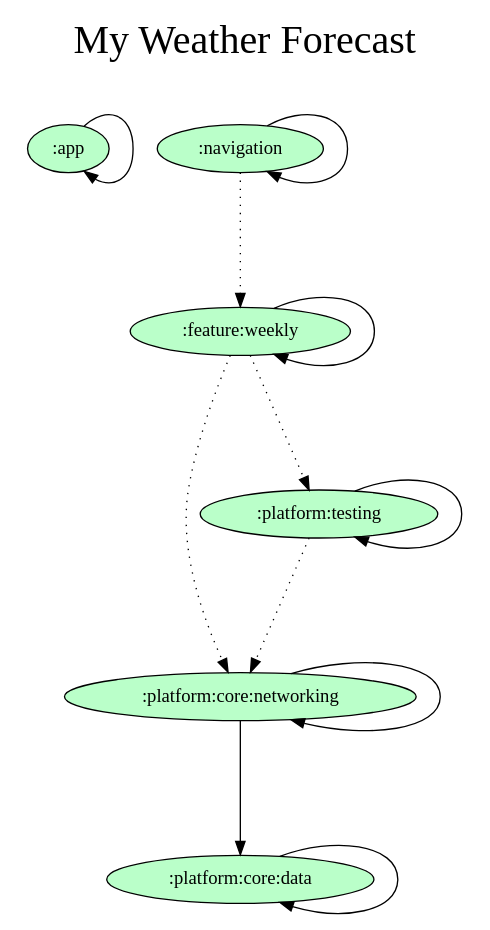
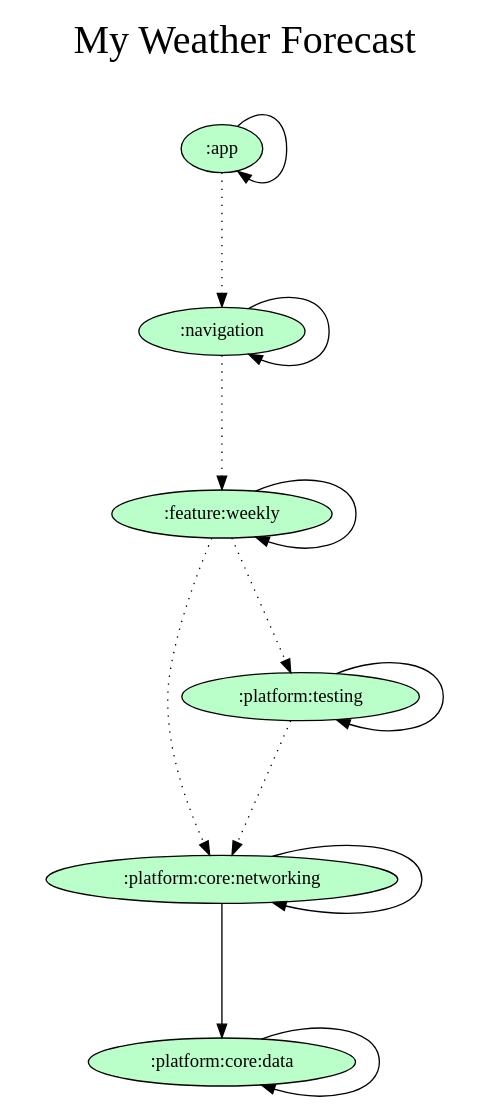
The diagram in gradle/dependency-graph/project.dot (orogersilva/myweatherforecast), drawn with Graphviz before and after one commit. The commit also changed 1 other file, not shown here.

Commit message:
docs: Updating dependency graph

```diff
--- a/gradle/dependency-graph/project.dot
+++ b/gradle/dependency-graph/project.dot
@@ -1,30 +1,31 @@
 digraph {
   graph [label="My Weather Forecast\n ",labelloc=t,fontsize=30,ranksep=1.4];
   node [style=filled, fillcolor="#bbbbbb"];
   rankdir=TB;
 
   # Projects
 
   ":app" [fillcolor="#baffc9"];
   ":feature:weekly" [fillcolor="#baffc9"];
   ":navigation" [fillcolor="#baffc9"];
   ":platform:core:data" [fillcolor="#baffc9"];
   ":platform:core:networking" [fillcolor="#baffc9"];
   ":platform:testing" [fillcolor="#baffc9"];
 
   {rank = same;}
 
   # Dependencies
 
   ":app" -> ":app"
+  ":app" -> ":navigation" [style=dotted]
   ":navigation" -> ":navigation"
   ":navigation" -> ":feature:weekly" [style=dotted]
   ":feature:weekly" -> ":feature:weekly"
   ":feature:weekly" -> ":platform:core:networking" [style=dotted]
   ":feature:weekly" -> ":platform:testing" [style=dotted]
   ":platform:testing" -> ":platform:testing"
   ":platform:testing" -> ":platform:core:networking" [style=dotted]
   ":platform:core:data" -> ":platform:core:data"
   ":platform:core:networking" -> ":platform:core:data"
   ":platform:core:networking" -> ":platform:core:networking"
 }
```
